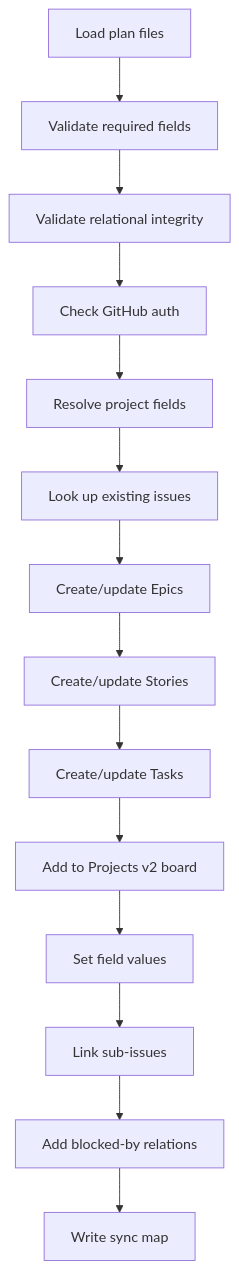
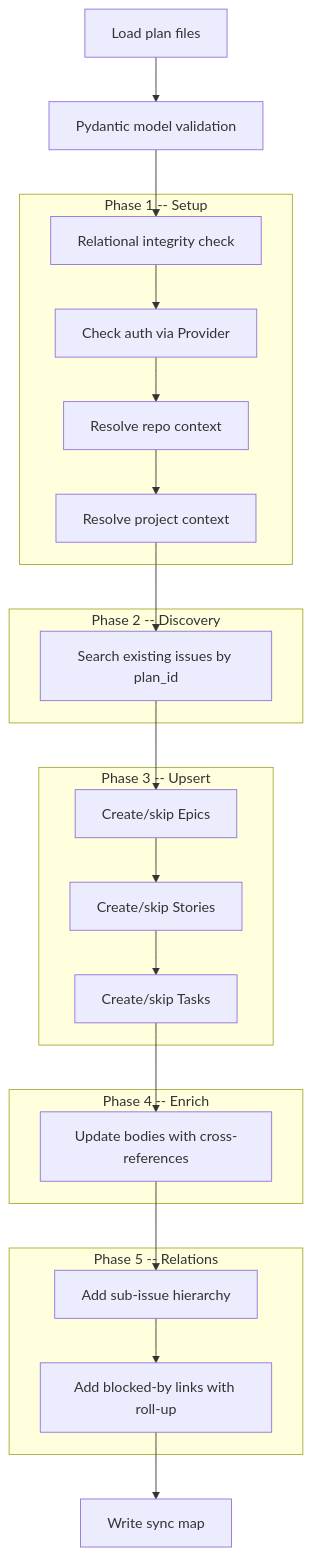
The first of 3 diagrams in docs/how-it-works.md (aryeko/planpilot), drawn with Mermaid before and after one commit. The commit also changed other lines of this file and 85 other files, not shown here.

First line of the commit message:
feat!: redesign architecture with provider pattern, async engine, and pydantic models (#7)

````diff
--- a/docs/how-it-works.md
+++ b/docs/how-it-works.md
@@ -9,16 +11,32 @@
 ```mermaid
 flowchart TD
-    A[Load plan files] --> A1[Validate required fields]
-    A1 --> A2[Validate relational integrity]
-    A2 --> B[Check GitHub auth]
-    B --> C[Resolve project fields]
-    C --> D[Look up existing issues]
-    D --> E[Create/update Epics]
-    E --> F[Create/update Stories]
-    F --> G[Create/update Tasks]
-    G --> H[Add to Projects v2 board]
-    H --> I[Set field values]
-    I --> J[Link sub-issues]
-    J --> K[Add blocked-by relations]
+    A[Load plan files] --> A1[Pydantic model validation]
+    A1 --> A2[Relational integrity check]
+
+    subgraph phase1 [Phase 1 -- Setup]
+        A2 --> B[Check auth via Provider]
+        B --> C[Resolve repo context]
+        C --> D[Resolve project context]
+    end
+
+    subgraph phase2 [Phase 2 -- Discovery]
+        D --> E[Search existing issues by plan_id]
+    end
+
+    subgraph phase3 [Phase 3 -- Upsert]
+        E --> F[Create/skip Epics]
+        F --> G[Create/skip Stories]
+        G --> H[Create/skip Tasks]
+    end
+
+    subgraph phase4 [Phase 4 -- Enrich]
+        H --> I[Update bodies with cross-references]
+    end
+
+    subgraph phase5 [Phase 5 -- Relations]
+        I --> J[Add sub-issue hierarchy]
+        J --> K[Add blocked-by links with roll-up]
+    end
+
     K --> L[Write sync map]
 ```
````
